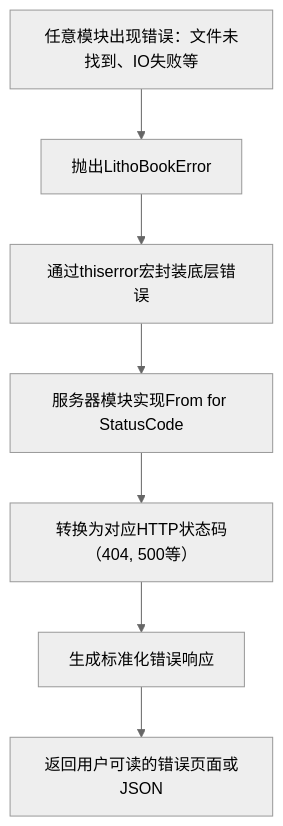
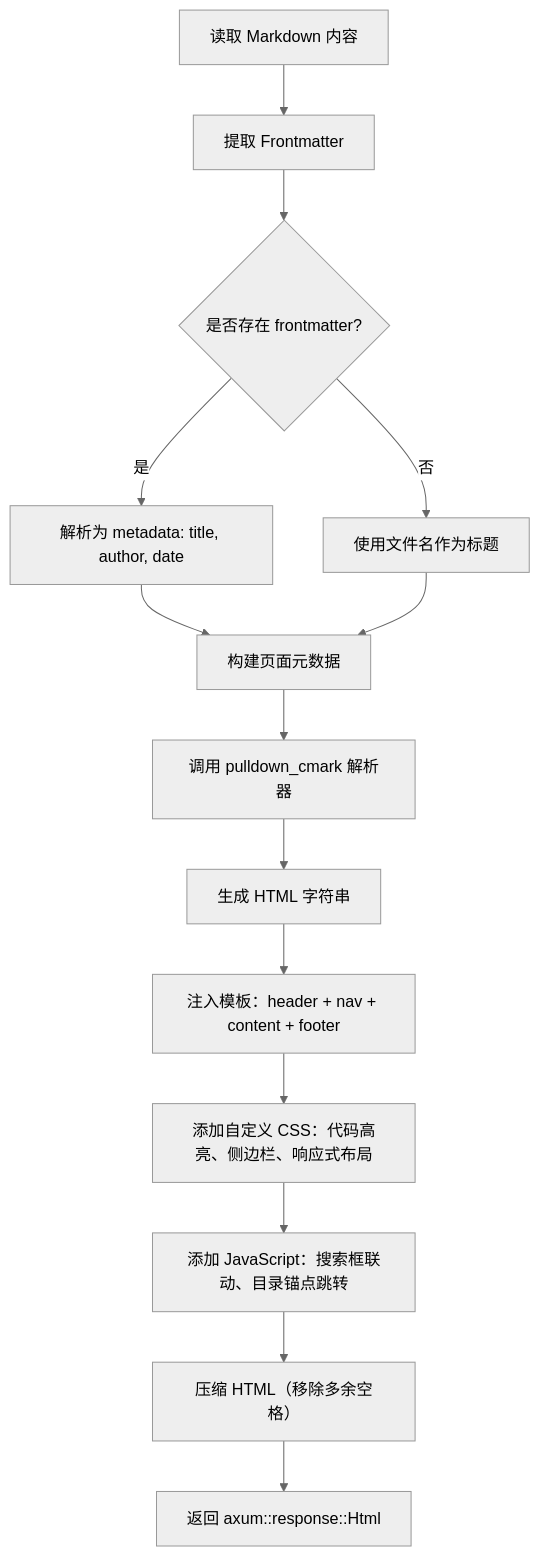
Before and after one commit to sopaco/litho-book: the third of 5 diagrams in litho.docs/3、工作流程.md, drawn with Mermaid (neutral theme). The commit also changed other lines of this file and 11 other files, not shown here.

Commit message:
Rewrite and expand architecture and module docs for all domains

````diff
--- a/litho.docs/3、工作流程.md
+++ b/litho.docs/3、工作流程.md
@@ -117,9 +132,16 @@
 ```mermaid
-graph TD
-    A[任意模块出现错误：文件未找到、IO失败等] --> B[抛出LithoBookError]
-    B --> C[通过thiserror宏封装底层错误]
-    C --> D[服务器模块实现From<LithoBookError> for StatusCode]
-    D --> E[转换为对应HTTP状态码（404, 500等）]
-    E --> F[生成标准化错误响应]
-    F --> G[返回用户可读的错误页面或JSON]
+graph TB
+    A[读取 Markdown 内容] --> B[提取 Frontmatter]
+    B --> C{是否存在 frontmatter?}
+    C -- 是 --> D[解析为 metadata: title, author, date]
+    C -- 否 --> E[使用文件名作为标题]
+    D --> F[构建页面元数据]
+    E --> F
+    F --> G[调用 pulldown_cmark 解析器]
+    G --> H[生成 HTML 字符串]
+    H --> I[注入模板：header + nav + content + footer]
+    I --> J[添加自定义 CSS：代码高亮、侧边栏、响应式布局]
+    J --> K[添加 JavaScript：搜索框联动、目录锚点跳转]
+    K --> L[压缩 HTML（移除多余空格）]
+    L --> M[返回 axum::response::Html]
 ```
````
